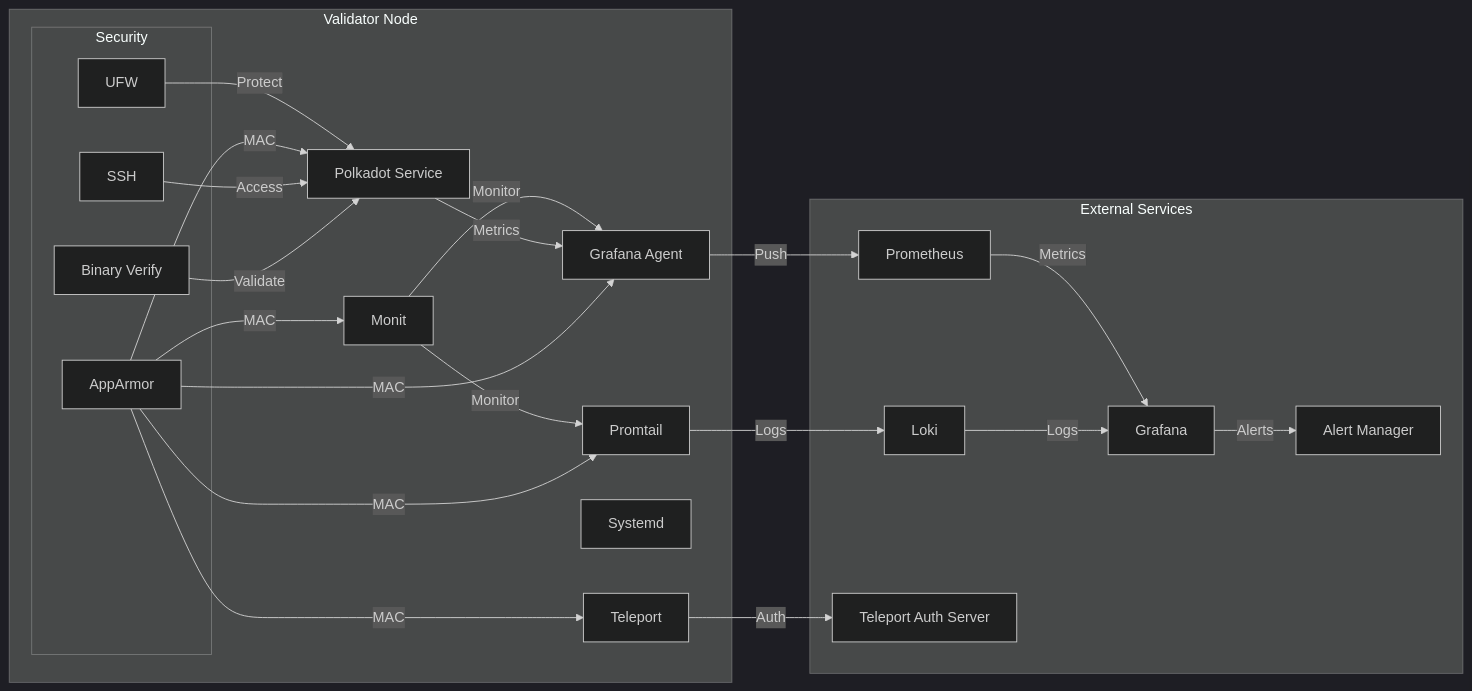
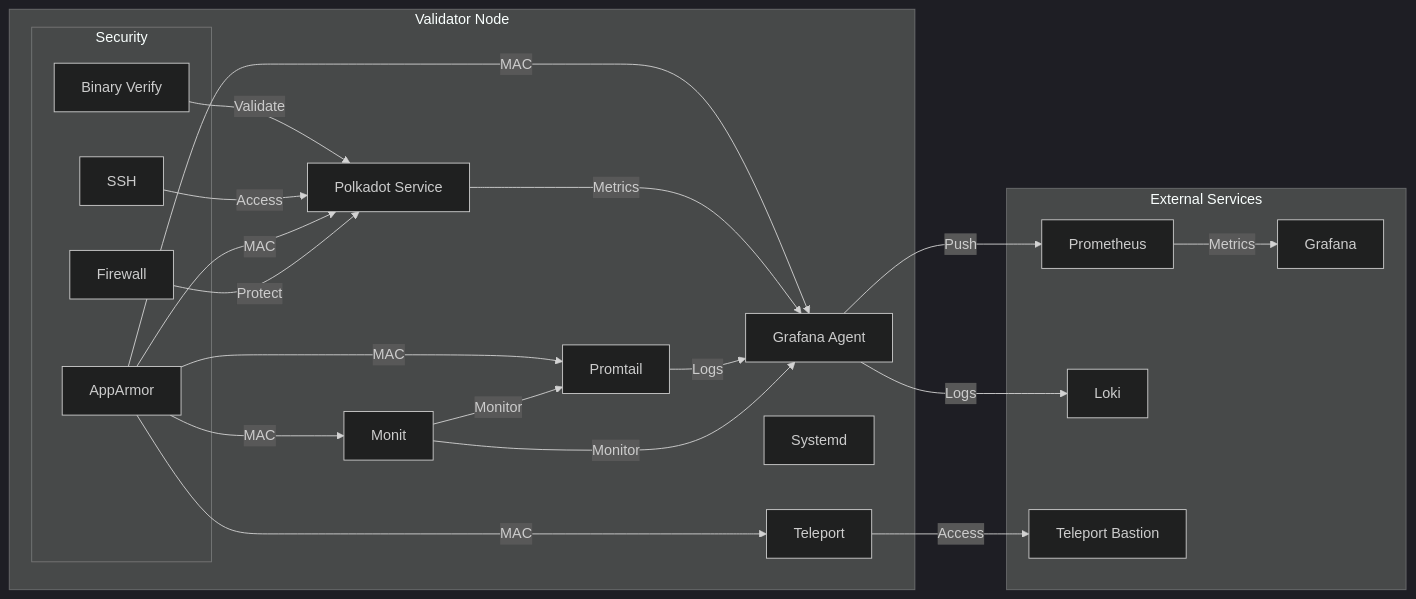
Before and after one commit to pampatzoglou/provision-validators: the second of 2 diagrams in roles/polkadot/README.md, drawn with Mermaid (dark theme). The commit also changed other lines of this file and 2 other files, not shown here.

Commit message:
update README files

````diff
--- a/roles/polkadot/README.md
+++ b/roles/polkadot/README.md
@@ -45,41 +45,40 @@
 ```mermaid
 graph LR
     subgraph Validator Node
         A[Polkadot Service]
         B[Grafana Agent]
         C[Promtail]
         D[Monit] --> |Monitor| B
         D --> |Monitor| C
         E[Systemd]
         T[Teleport]
         
         subgraph Security
-            F[UFW]
+            F[Firewall]
             G[AppArmor]
             H[SSH]
             I[Binary Verify]
         end
     end
 
     subgraph External Services
         J[Prometheus] --> |Metrics| K[Grafana]
-        L[Loki] --> |Logs| K
-        K --> |Alerts| M[Alert Manager]
-        N[Teleport Auth Server]
+        C --> |Logs| B
+        B --> |Logs| L[Loki]
+        M[Teleport Bastion]
     end
 
     A --> |Metrics| B
-    C --> |Logs| L
     B --> |Push| J
 
-    T --> |Auth| N
+    T --> |Access| M
 
     F --> |Protect| A
     G --> |MAC| A
     G --> |MAC| B
     G --> |MAC| C
     G --> |MAC| D
     G --> |MAC| T
     H --> |Access| A
     I --> |Validate| A
 ```
````
